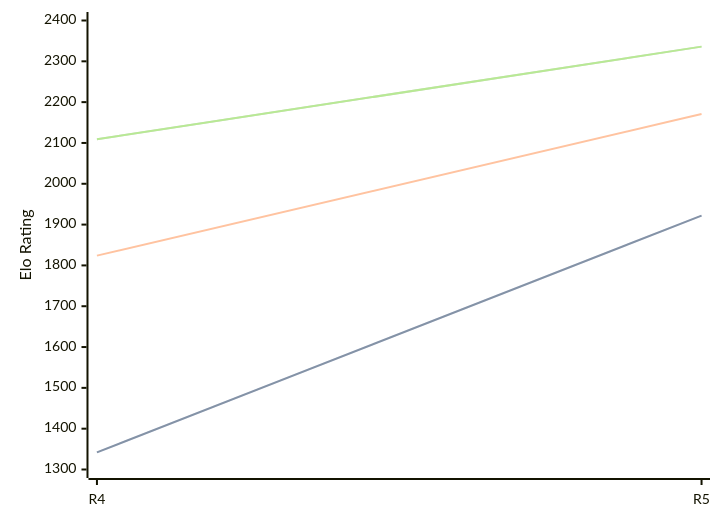
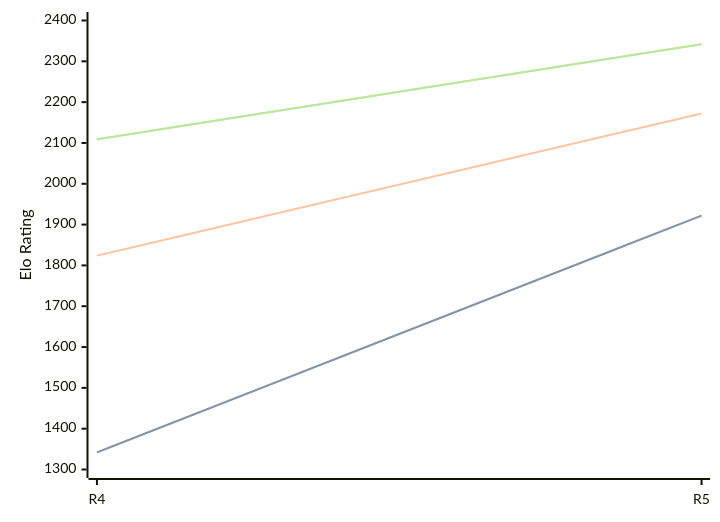
The first of 3 diagrams in engines/Viking.md (computer-chess-index/cci), drawn with Mermaid before and after one commit. The commit also changed other lines of this file, not shown here.

Commit message:
Update CCI Ratings (ELO VLTC) - 2026-06-16

````diff
--- a/engines/Viking.md
+++ b/engines/Viking.md
@@ -35,11 +35,11 @@
 ```mermaid
 %%{init: {"theme":"base","themeVariables":{"seriesColors:['#a3a3a3','#222221','#faa371']}}}%%
 xychart-beta
   x-axis ["R4", "R5"]
   y-axis "Elo Rating" 1300 --> 2400
   line "STC (8.0+0.08s)" [1342, 1922]
   line "STC (8.0+0.08s)" [1342, 1922]
-  line "LTC (60.0+0.60s)" [1824, 2171]
-  line "VLTC (2m24s+1.12s)" [2109, 2336]
-  line "VLTC (2m24s+1.12s)" [2109, 2336]
+  line "LTC (60.0+0.60s)" [1824, 2172]
+  line "VLTC (2m24s+1.12s)" [2109, 2342]
+  line "VLTC (2m24s+1.12s)" [2109, 2342]
 ```
````
